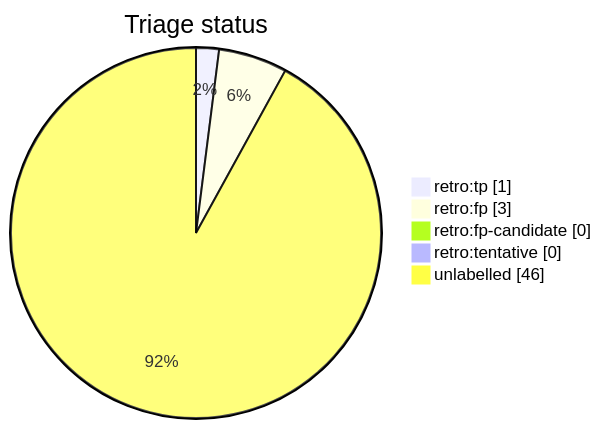
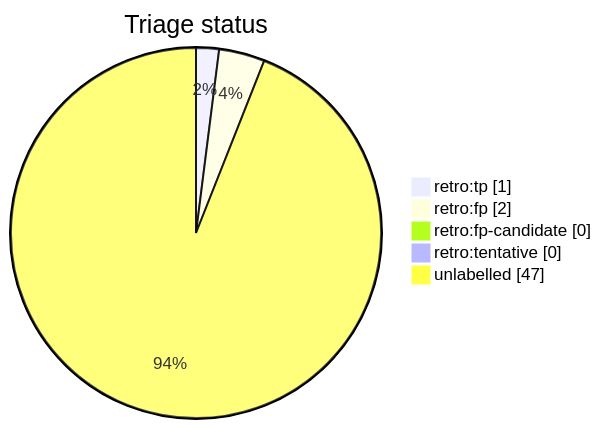
Before and after one commit to tvna/claude-md: the diagram in docs/generated/scripts/auto-retro-triage-report.md, drawn with Mermaid. The commit also changed other lines of this file, not shown here.

First line of the commit message:
chore(auto-retro): refresh triage report

````diff
--- a/docs/generated/scripts/auto-retro-triage-report.md
+++ b/docs/generated/scripts/auto-retro-triage-report.md
@@ -15,9 +15,9 @@
 ```mermaid
 pie showData
     title Triage status
     "retro:tp" : 1
-    "retro:fp" : 3
+    "retro:fp" : 2
     "retro:fp-candidate" : 0
     "retro:tentative" : 0
-    "unlabelled" : 46
+    "unlabelled" : 47
 ```
````
